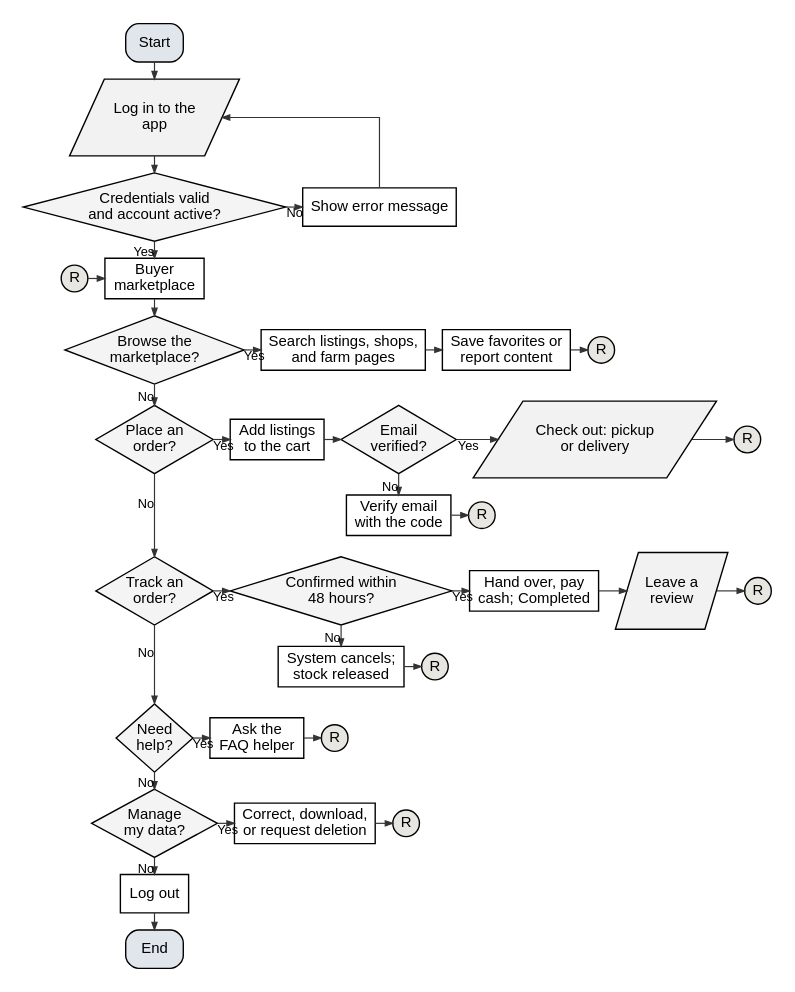
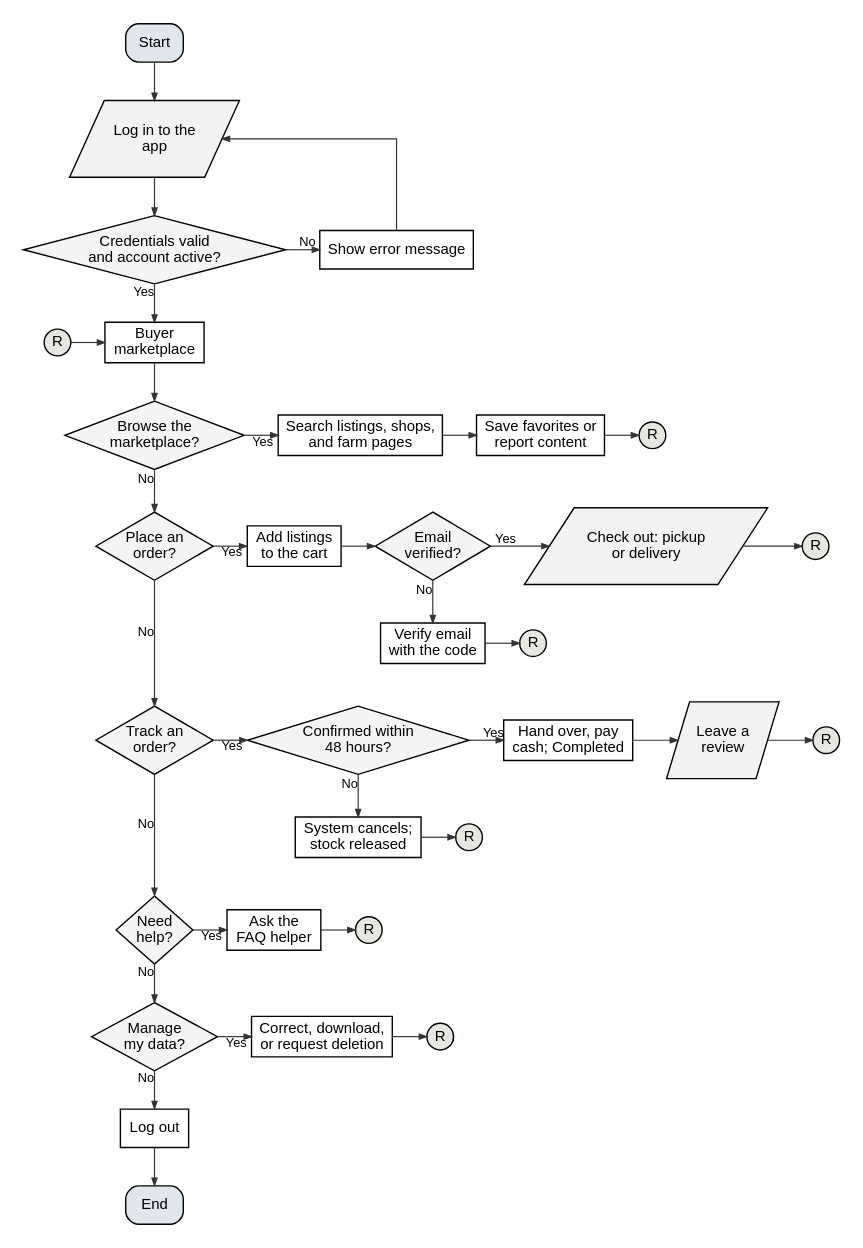
The diagram in docs/manuscript/figures/src/fig5e_flow_buyer.dot (shawncastaneda11-commits/anihow-backend), drawn with Graphviz before and after one commit. The commit also changed 15 other files, not shown here.

First line of the commit message:
docs(manuscript): clear overlapping lines in the system flowcharts

```diff
--- a/docs/manuscript/figures/src/fig5e_flow_buyer.dot
+++ b/docs/manuscript/figures/src/fig5e_flow_buyer.dot
@@ -1,89 +1,89 @@
 digraph G {
-  graph [rankdir=TB, nodesep=0.22, ranksep=0.22, pad=0.2, fontname="Liberation Sans", newrank=true, splines=ortho];
+  graph [rankdir=TB, nodesep=0.45, ranksep=0.5, pad=0.2, fontname="Liberation Sans", newrank=true, splines=ortho];
   node  [fontname="Liberation Sans", fontsize=14, penwidth=1.3, style=filled, fillcolor="#FFFFFF", margin="0.12,0.06"];
   edge  [penwidth=1.1, arrowsize=0.7, color="#333333", fontname="Liberation Sans", fontsize=12];
   s [shape=box, style="rounded,filled", fillcolor="#E1E6ED", label="Start"];
   li [shape=parallelogram, fillcolor="#F2F2F2", label="Log in to the\napp", margin="0.02,0.04"];
   ok [shape=diamond, fillcolor="#F4F4F4", label="Credentials valid\nand account active?", margin="0.02,0.02"];
   err [shape=box, label="Show error message"];
   ain [shape=circle, width=0.35, fixedsize=true, fillcolor="#E8E6E0", label="R"];
   home [shape=box, label="Buyer\nmarketplace"];
   lo [shape=box, label="Log out"];
   end [shape=box, style="rounded,filled", fillcolor="#E1E6ED", label="End"];
   s -> li;
   li -> ok;
   ok -> err [xlabel="No"];
   err -> li [constraint=false];
   ok -> home [xlabel="Yes"];
   ain -> home;
   {rank=same; ok err}
   {rank=same; home ain}
   q0 [shape=diamond, fillcolor="#F4F4F4", label="Browse the\nmarketplace?", margin="0.02,0.02"];
   home -> q0;
   s0_0 [shape=box, label="Search listings, shops,\nand farm pages"];
   q0 -> s0_0 [xlabel="Yes"];
   s0_1 [shape=box, label="Save favorites or\nreport content"];
   s0_0 -> s0_1;
   r0 [shape=circle, width=0.35, fixedsize=true, fillcolor="#E8E6E0", label="R"];
   s0_1 -> r0;
   {rank=same; q0; s0_0; s0_1; r0}
   q1 [shape=diamond, fillcolor="#F4F4F4", label="Place an\norder?", margin="0.02,0.02"];
   q0 -> q1 [xlabel="No"];
   s1_0 [shape=box, label="Add listings\nto the cart"];
   q1 -> s1_0 [xlabel="Yes"];
   s1_1 [shape=diamond, fillcolor="#F4F4F4", label="Email\nverified?", margin="0.02,0.02"];
   s1_0 -> s1_1;
   a1_1 [shape=box, label="Verify email\nwith the code"];
   xa1_1 [shape=circle, width=0.35, fixedsize=true, fillcolor="#E8E6E0", label="R"];
   s1_1 -> a1_1 [xlabel="No"];
   a1_1 -> xa1_1;
   {rank=same; a1_1; xa1_1}
   s1_2 [shape=parallelogram, fillcolor="#F2F2F2", label="Check out: pickup\nor delivery", margin="0.02,0.04"];
   s1_1 -> s1_2 [xlabel="Yes"];
   r1 [shape=circle, width=0.35, fixedsize=true, fillcolor="#E8E6E0", label="R"];
   s1_2 -> r1;
   {rank=same; q1; s1_0; s1_1; s1_2; r1}
   q2 [shape=diamond, fillcolor="#F4F4F4", label="Track an\norder?", margin="0.02,0.02"];
   q1 -> q2 [xlabel="No", minlen=2];
   s2_0 [shape=diamond, fillcolor="#F4F4F4", label="Confirmed within\n48 hours?", margin="0.02,0.02"];
   q2 -> s2_0 [xlabel="Yes"];
   a2_0 [shape=box, label="System cancels;\nstock released"];
   xa2_0 [shape=circle, width=0.35, fixedsize=true, fillcolor="#E8E6E0", label="R"];
   s2_0 -> a2_0 [xlabel="No"];
   a2_0 -> xa2_0;
   {rank=same; a2_0; xa2_0}
   s2_1 [shape=box, label="Hand over, pay\ncash; Completed"];
   s2_0 -> s2_1 [xlabel="Yes"];
   s2_2 [shape=parallelogram, fillcolor="#F2F2F2", label="Leave a\nreview", margin="0.02,0.04"];
   s2_1 -> s2_2;
   r2 [shape=circle, width=0.35, fixedsize=true, fillcolor="#E8E6E0", label="R"];
   s2_2 -> r2;
   {rank=same; q2; s2_0; s2_1; s2_2; r2}
   q3 [shape=diamond, fillcolor="#F4F4F4", label="Need\nhelp?", margin="0.02,0.02"];
   q2 -> q3 [xlabel="No", minlen=2];
   s3_0 [shape=box, label="Ask the\nFAQ helper"];
   q3 -> s3_0 [xlabel="Yes"];
   r3 [shape=circle, width=0.35, fixedsize=true, fillcolor="#E8E6E0", label="R"];
   s3_0 -> r3;
   {rank=same; q3; s3_0; r3}
   q4 [shape=diamond, fillcolor="#F4F4F4", label="Manage\nmy data?", margin="0.02,0.02"];
   q3 -> q4 [xlabel="No"];
   s4_0 [shape=box, label="Correct, download,\nor request deletion"];
   q4 -> s4_0 [xlabel="Yes"];
   r4 [shape=circle, width=0.35, fixedsize=true, fillcolor="#E8E6E0", label="R"];
   s4_0 -> r4;
   {rank=same; q4; s4_0; r4}
   q4 -> lo [xlabel="No"];
   lo -> end;
   s [group=trunk];
   li [group=trunk];
   ok [group=trunk];
   home [group=trunk];
   lo [group=trunk];
   end [group=trunk];
   q0 [group=trunk];
   q1 [group=trunk];
   q2 [group=trunk];
   q3 [group=trunk];
   q4 [group=trunk];
 }
```
